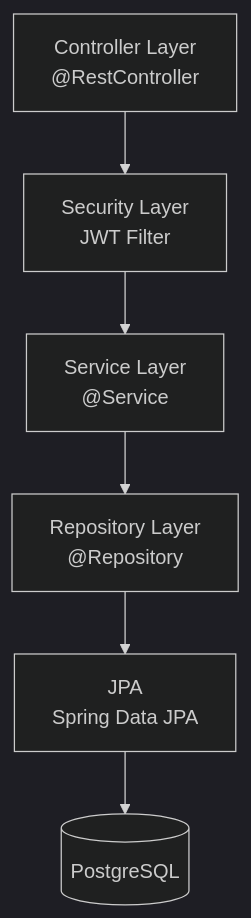
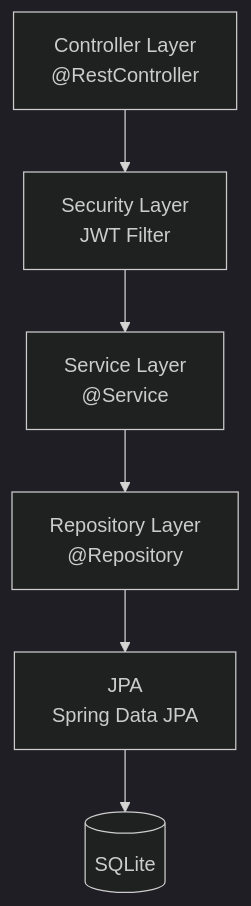
One commit to Takas0522/ws-demo-mobile-app changed the eighth of 8 diagrams in docs/architecture/02-component-design.md. Above: the diagram before and after it, drawn with Mermaid (dark theme). The commit also changed other lines of this file and 42 other files, not shown here.

First line of the commit message:
docs: update all PostgreSQL references to SQLite

````diff
--- a/docs/architecture/02-component-design.md
+++ b/docs/architecture/02-component-design.md
@@ -688,8 +688,8 @@
 ```mermaid
 graph TD
     Controller[Controller Layer<br/>@RestController] --> Security[Security Layer<br/>JWT Filter]
     Security --> Service[Service Layer<br/>@Service]
     Service --> Repository[Repository Layer<br/>@Repository]
     Repository --> JPA[JPA<br/>Spring Data JPA]
-    JPA --> DB[(PostgreSQL)]
+    JPA --> DB[(SQLite)]
 ```
````
